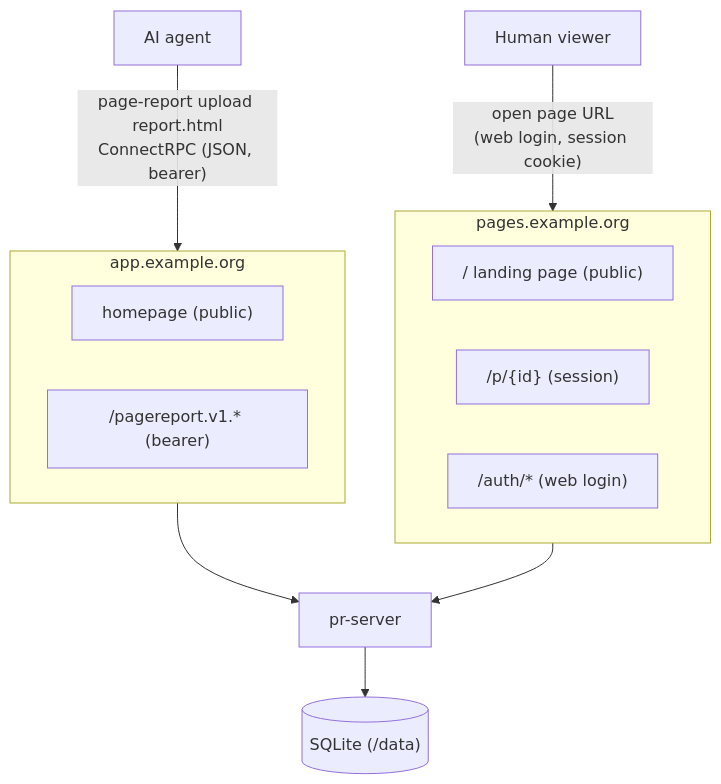
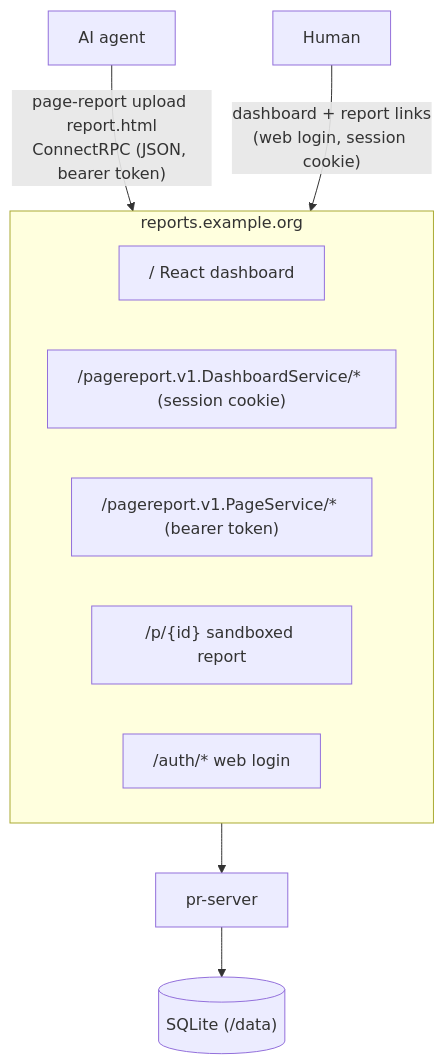
Before and after one commit to dusansimic/page-report: the diagram in README.md, drawn with Mermaid. The commit also changed other lines of this file and 87 other files, not shown here.

First line of the commit message:
feat: embedded React dashboard and server-minted tokens

````diff
--- a/README.md
+++ b/README.md
@@ -11,20 +11,16 @@
 ```mermaid
 flowchart TB
-    agent["AI agent"] -->|"page-report upload report.html<br>ConnectRPC (JSON, bearer)"| app
-    human["Human viewer"] -->|"open page URL<br>(web login, session cookie)"| pages
+    agent["AI agent"] -->|"page-report upload report.html<br>ConnectRPC (JSON, bearer token)"| origin
+    human["Human"] -->|"dashboard + report links<br>(web login, session cookie)"| origin
 
-    subgraph app["app.example.org"]
-        home["homepage (public)"]
-        api["/pagereport.v1.* (bearer)"]
+    subgraph origin["reports.example.org"]
+        spa["/ React dashboard"]
+        dash["/pagereport.v1.DashboardService/* (session cookie)"]
+        api["/pagereport.v1.PageService/* (bearer token)"]
+        view["/p/{id} sandboxed report"]
+        auth["/auth/* web login"]
     end
 
-    subgraph pages["pages.example.org"]
-        landing["/ landing page (public)"]
-        view["/p/{id} (session)"]
-        auth["/auth/* (web login)"]
-    end
-
-    app --> server["pr-server"]
-    pages --> server
+    origin --> server["pr-server"]
     server --> db[("SQLite (/data)")]
 ```
````
